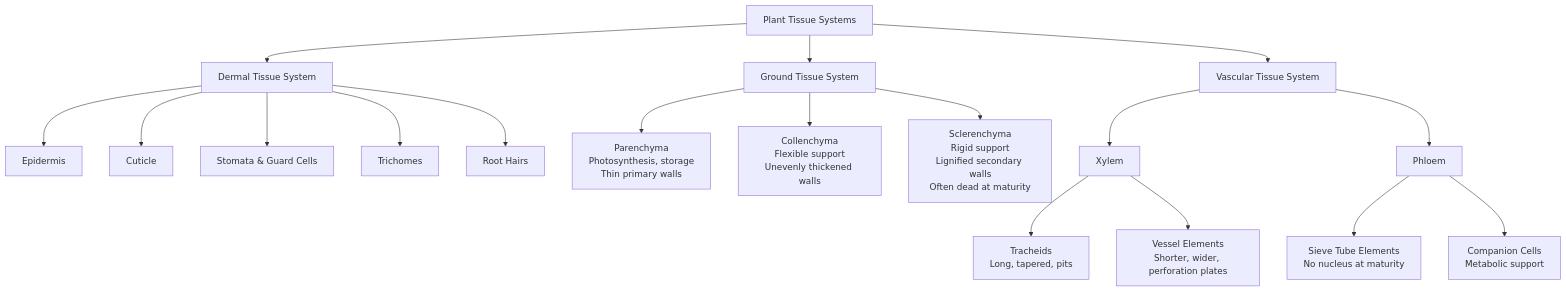
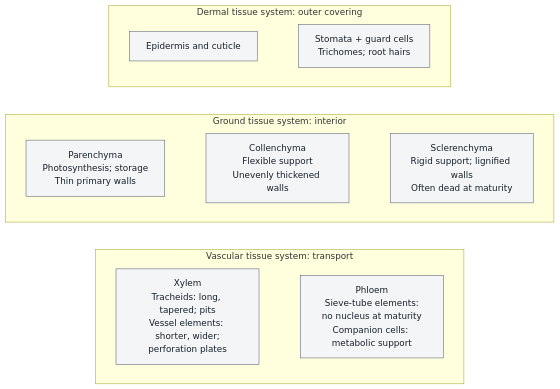
The first of 6 diagrams in docs/manuscript/unit_VIII/plant_structure_and_water.md (docxology/biology_textbook), drawn with Mermaid before and after one commit. The commit also changed other lines of this file and 41 other files, not shown here.

````diff
--- a/docs/manuscript/unit_VIII/plant_structure_and_water.md
+++ b/docs/manuscript/unit_VIII/plant_structure_and_water.md
@@ -125,20 +125,28 @@
 ```mermaid
-graph TD
-    A[Plant Tissue Systems] --> B[Dermal Tissue System]
-    A --> C[Ground Tissue System]
-    A --> D[Vascular Tissue System]
-    B --> B1[Epidermis]
-    B --> B2[Cuticle]
-    B --> B3[Stomata & Guard Cells]
-    B --> B4[Trichomes]
-    B --> B5[Root Hairs]
-    C --> C1[Parenchyma<br/>Photosynthesis, storage<br/>Thin primary walls]
-    C --> C2[Collenchyma<br/>Flexible support<br/>Unevenly thickened walls]
-    C --> C3[Sclerenchyma<br/>Rigid support<br/>Lignified secondary walls<br/>Often dead at maturity]
-    D --> D1[Xylem]
-    D --> D2[Phloem]
-    D1 --> D1a[Tracheids<br/>Long, tapered, pits]
-    D1 --> D1b[Vessel Elements<br/>Shorter, wider, perforation plates]
-    D2 --> D2a[Sieve Tube Elements<br/>No nucleus at maturity]
-    D2 --> D2b[Companion Cells<br/>Metabolic support]
+---
+config:
+  layout: dagre
+---
+flowchart TB
+    subgraph DERM["Dermal tissue system: outer covering"]
+        direction LR
+        D1["Epidermis and cuticle"]
+        D2["Stomata + guard cells<br/>Trichomes; root hairs"]
+        D1 ~~~ D2
+    end
+    subgraph GROUND["Ground tissue system: interior"]
+        direction LR
+        G1["Parenchyma<br/>Photosynthesis; storage<br/>Thin primary walls"]
+        G2["Collenchyma<br/>Flexible support<br/>Unevenly thickened walls"]
+        G3["Sclerenchyma<br/>Rigid support; lignified walls<br/>Often dead at maturity"]
+        G1 ~~~ G2 ~~~ G3
+    end
+    subgraph VASC["Vascular tissue system: transport"]
+        direction LR
+        X["Xylem<br/>Tracheids: long, tapered; pits<br/>Vessel elements: shorter, wider;<br/>perforation plates"]
+        P["Phloem<br/>Sieve-tube elements:<br/>no nucleus at maturity<br/>Companion cells: metabolic support"]
+        X ~~~ P
+    end
+    DERM ~~~ GROUND ~~~ VASC
+    classDef default fill:#f4f5f6,stroke:#59636e,color:#17212b
 ```
````
